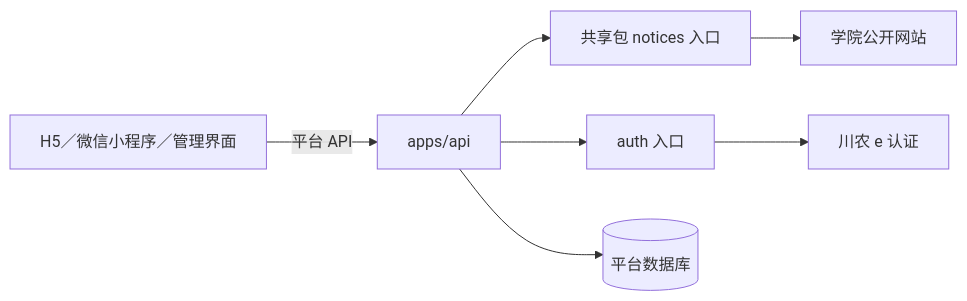
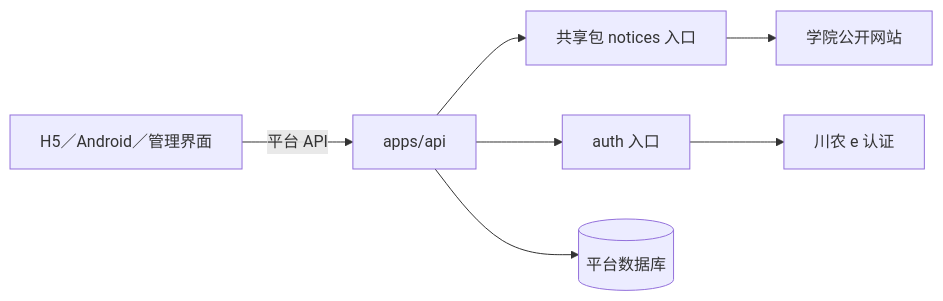
One commit to HeHuoDa/HeHuoDa changed the diagram in docs/sicau-connectors.md. Above: the diagram before and after it, drawn with Mermaid. The commit also changed other lines of this file and 18 other files, not shown here.

````diff
--- a/docs/sicau-connectors.md
+++ b/docs/sicau-connectors.md
@@ -136,9 +136,9 @@
 ```mermaid
 flowchart LR
-    UI[H5／微信小程序／管理界面] -->|平台 API| API[apps/api]
+    UI[H5／Android／管理界面] -->|平台 API| API[apps/api]
     API --> Notices[共享包 notices 入口]
     API --> Auth[auth 入口]
     Notices --> Sites[学院公开网站]
     Auth --> School[川农 e 认证]
     API --> DB[(平台数据库)]
 ```
````
